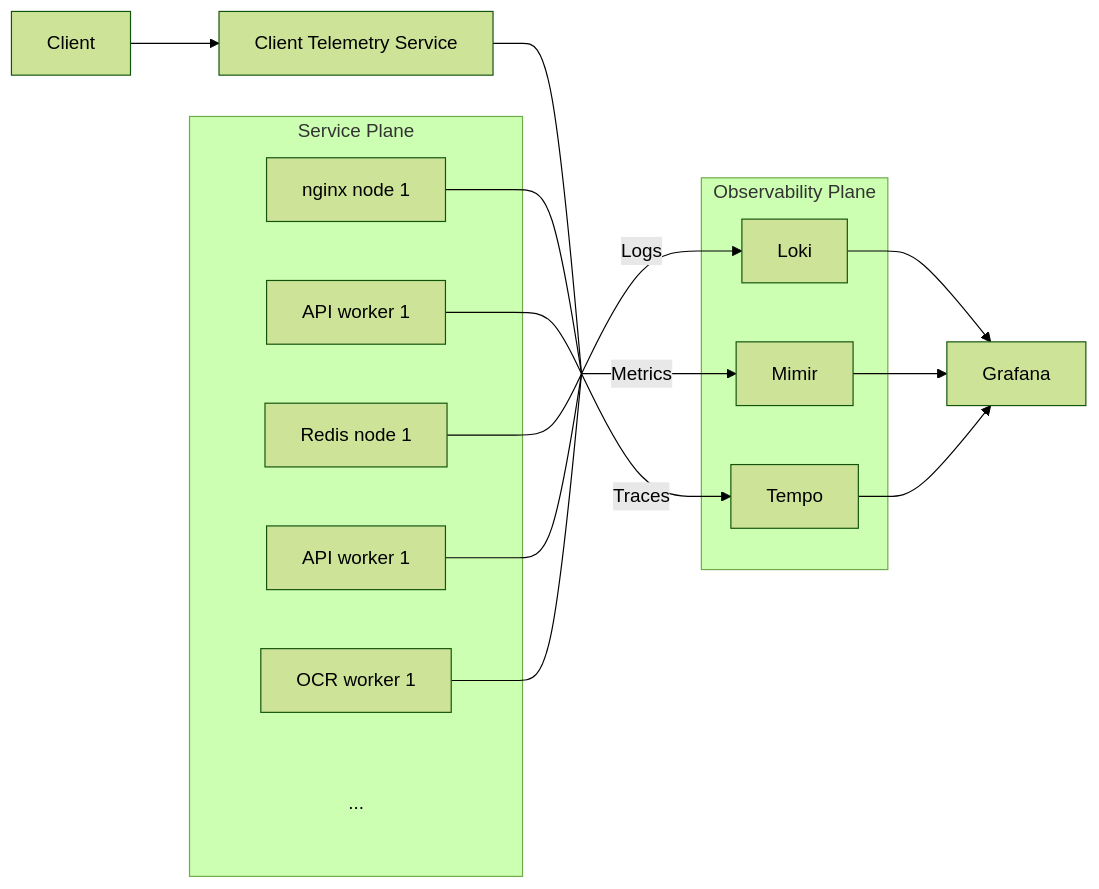
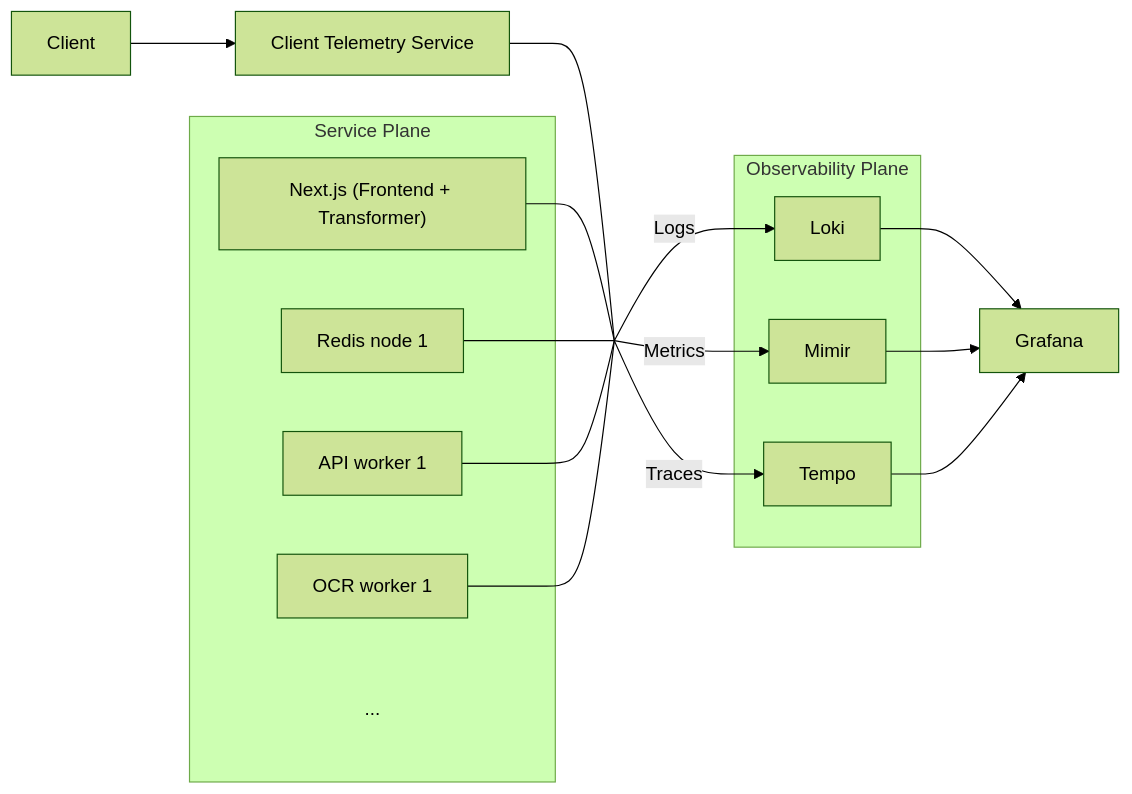
Before and after one commit to OzuYatamutsu/project-overengineer: the fifth of 5 diagrams in README.md, drawn with Mermaid (forest theme). The commit also changed other lines of this file, not shown here.

````diff
--- a/README.md
+++ b/README.md
@@ -330,41 +319,39 @@
 ```mermaid
 graph LR
     Client["Client"]
     ClientTelemetry["Client Telemetry Service"]
     TelemetrySplitter[" "]:::split
     TelemetrySplitter2[" "]:::split
     Grafana["Grafana"]
 
     subgraph Service Plane
-        N1["nginx node 1"]
-        T1["API worker 1"]
+        F1["Next.js (Frontend + Transformer)"]
         R1["Redis node 1"]
         S1["API worker 1"]
         O1["OCR worker 1"]
         XX["..."]:::plainText
     end
 
     subgraph Observability Plane
         Loki["Loki"]
         Mimir["Mimir"]
         Tempo["Tempo"]
     end
 
     Client --> ClientTelemetry
     ClientTelemetry --- TelemetrySplitter
-    N1 --- TelemetrySplitter
-    T1 --- TelemetrySplitter
+    F1 --- TelemetrySplitter
     R1 --- TelemetrySplitter
     S1 --- TelemetrySplitter
     O1 --- TelemetrySplitter
     TelemetrySplitter -->|Logs| Loki
     TelemetrySplitter -->|Metrics| Mimir
     TelemetrySplitter -->|Traces| Tempo
 
     Loki --> Grafana
     Mimir --> Grafana
     Tempo --> Grafana
 
 classDef plainText fill:none,stroke:none;
 classDef split fill:none,stroke:none,width:0,height:0;
 ```
````
